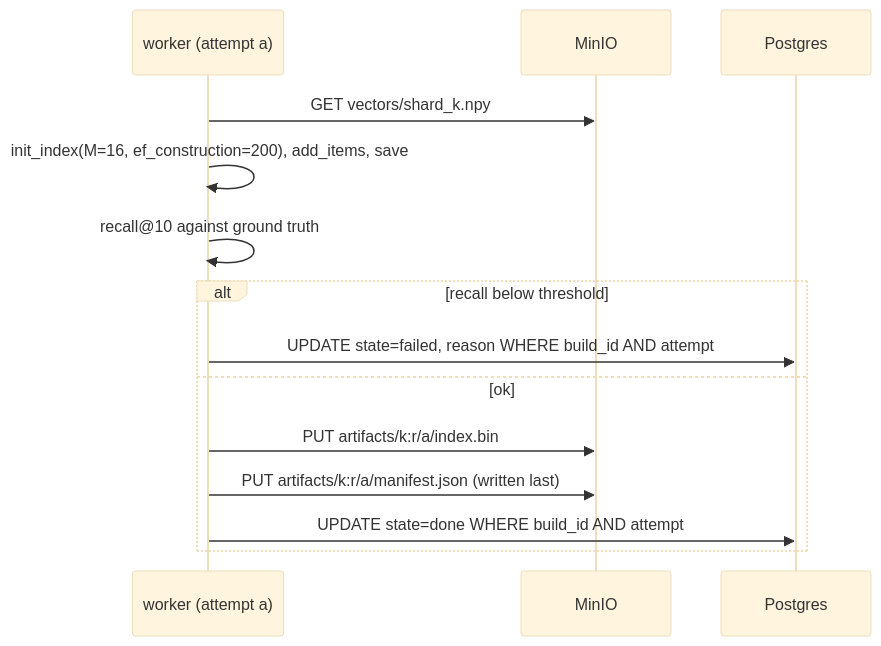
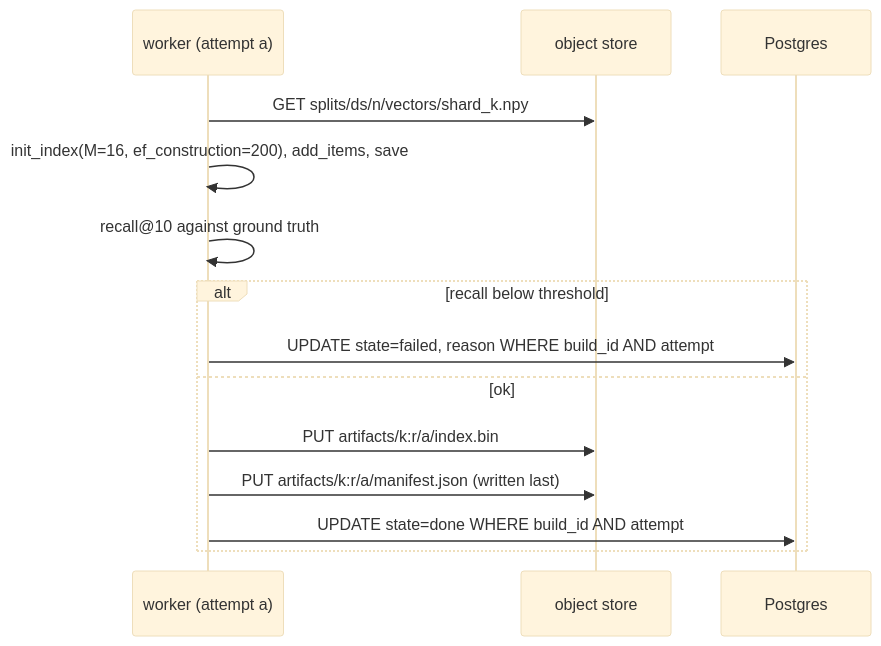
Before and after one commit to arqbca11/HNSWonGPUs: the second of 3 diagrams in docs/design/phase4-hnswlib.md, drawn with Mermaid (base theme). The commit also changed other lines of this file and 15 other files, not shown here.

````diff
--- a/docs/design/phase4-hnswlib.md
+++ b/docs/design/phase4-hnswlib.md
@@ -47,17 +47,17 @@
 ```mermaid
 sequenceDiagram
     participant W as worker (attempt a)
-    participant M as MinIO
+    participant M as object store
     participant P as Postgres
 
-    W->>M: GET vectors/shard_k.npy
+    W->>M: GET splits/ds/n/vectors/shard_k.npy
     W->>W: init_index(M=16, ef_construction=200), add_items, save
     W->>W: recall@10 against ground truth
     alt recall below threshold
         W->>P: UPDATE state=failed, reason WHERE build_id AND attempt
     else ok
         W->>M: PUT artifacts/k:r/a/index.bin
         W->>M: PUT artifacts/k:r/a/manifest.json (written last)
         W->>P: UPDATE state=done WHERE build_id AND attempt
     end
 ```
````
